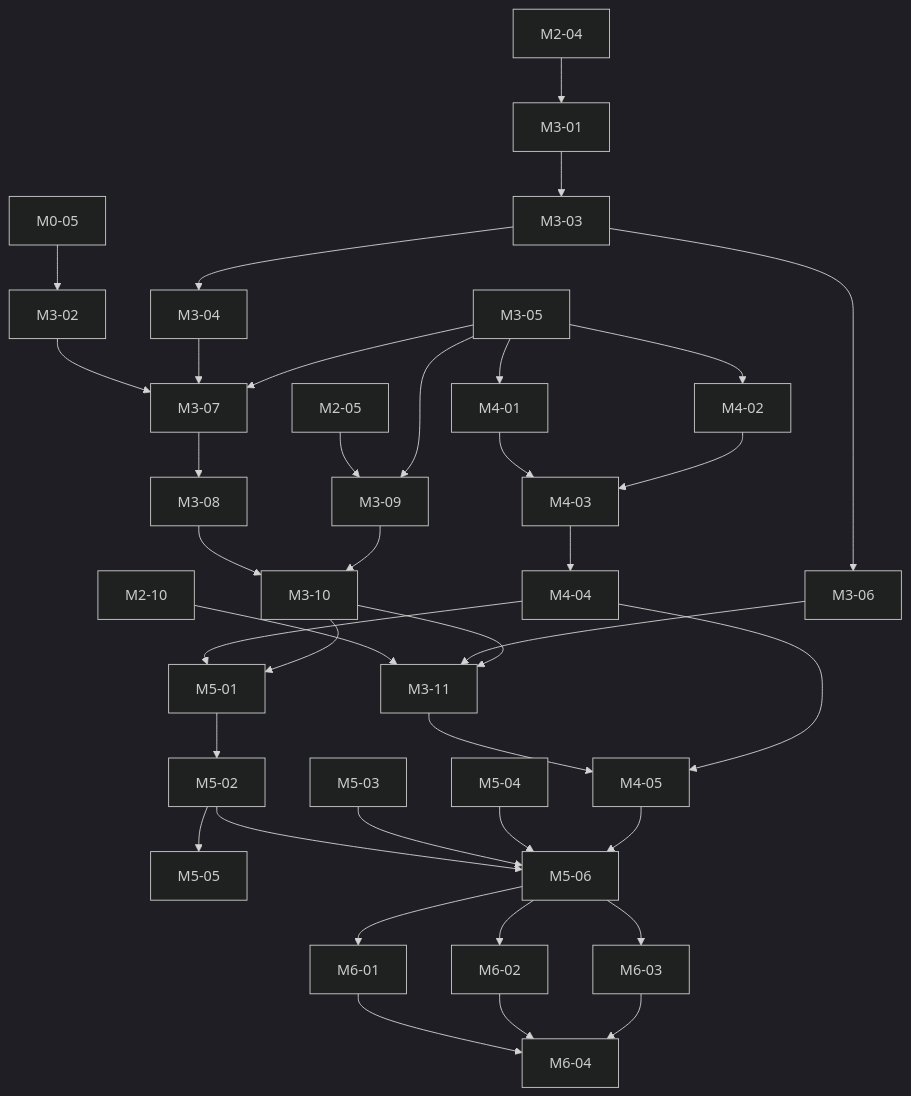
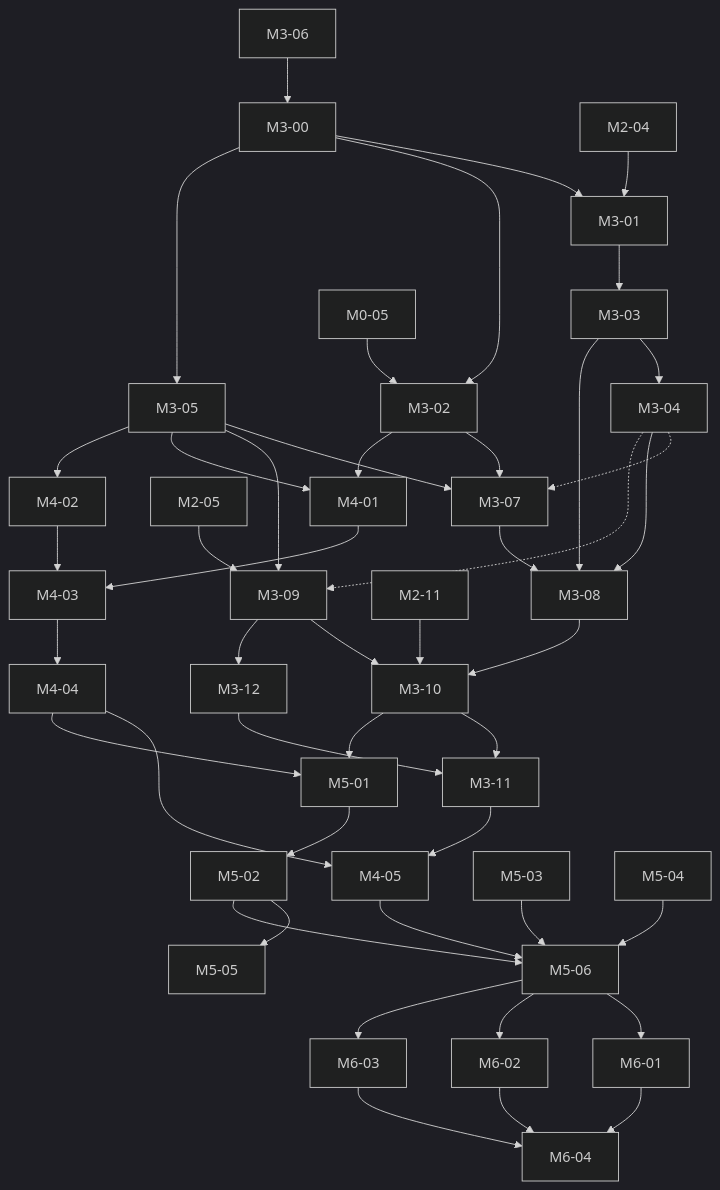
One commit to Mohammad-Aminazadeh/brain-3d-reconstruction changed the diagram in tasks/BACKLOG.md. Above: the diagram before and after it, drawn with Mermaid (dark theme). The commit also changed other lines of this file and 7 other files, not shown here.

````diff
--- a/tasks/BACKLOG.md
+++ b/tasks/BACKLOG.md
@@ -82,32 +84,39 @@
 ```mermaid
 flowchart TD
-    M2-05 --> M3-09
+    M3-06 --> M3-00
+    M3-00 --> M3-01 & M3-02 & M3-05
     M2-04 --> M3-01
     M3-01 --> M3-03 --> M3-04
-    M3-03 --> M3-06
     M0-05 --> M3-02
     M3-02 --> M3-07
-    M3-04 --> M3-07
     M3-05 --> M3-07
+    M3-04 -.-> M3-07
+    M3-07 --> M3-08
+    M3-03 --> M3-08
+    M3-04 --> M3-08
+    M2-05 --> M3-09
     M3-05 --> M3-09
+    M3-04 -.-> M3-09
+    M3-08 --> M3-10
+    M3-09 --> M3-10
+    M2-11 --> M3-10
+    M3-09 --> M3-12
+    M3-10 --> M3-11
+    M3-12 --> M3-11
     M3-05 --> M4-01
+    M3-02 --> M4-01
     M3-05 --> M4-02
-    M3-07 --> M3-08 --> M3-10
-    M3-09 --> M3-10
-    M2-10 --> M3-11
-    M3-06 --> M3-11
-    M3-10 --> M3-11
     M4-01 --> M4-03
     M4-02 --> M4-03 --> M4-04
     M3-11 --> M4-05
     M4-04 --> M4-05
     M4-04 --> M5-01
     M3-10 --> M5-01
     M5-01 --> M5-02
     M5-02 --> M5-05
     M5-02 --> M5-06
     M5-03 --> M5-06
     M5-04 --> M5-06
     M4-05 --> M5-06
     M5-06 --> M6-01 & M6-02 & M6-03 --> M6-04
 ```
````
